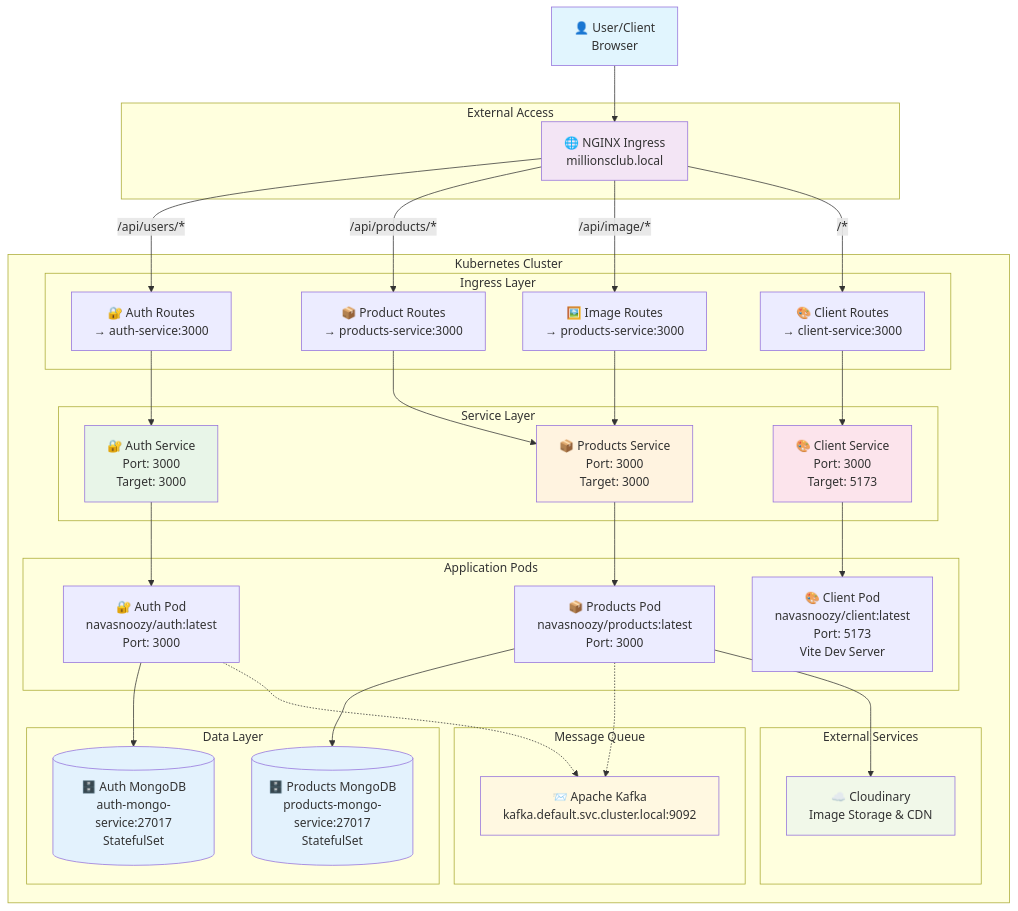
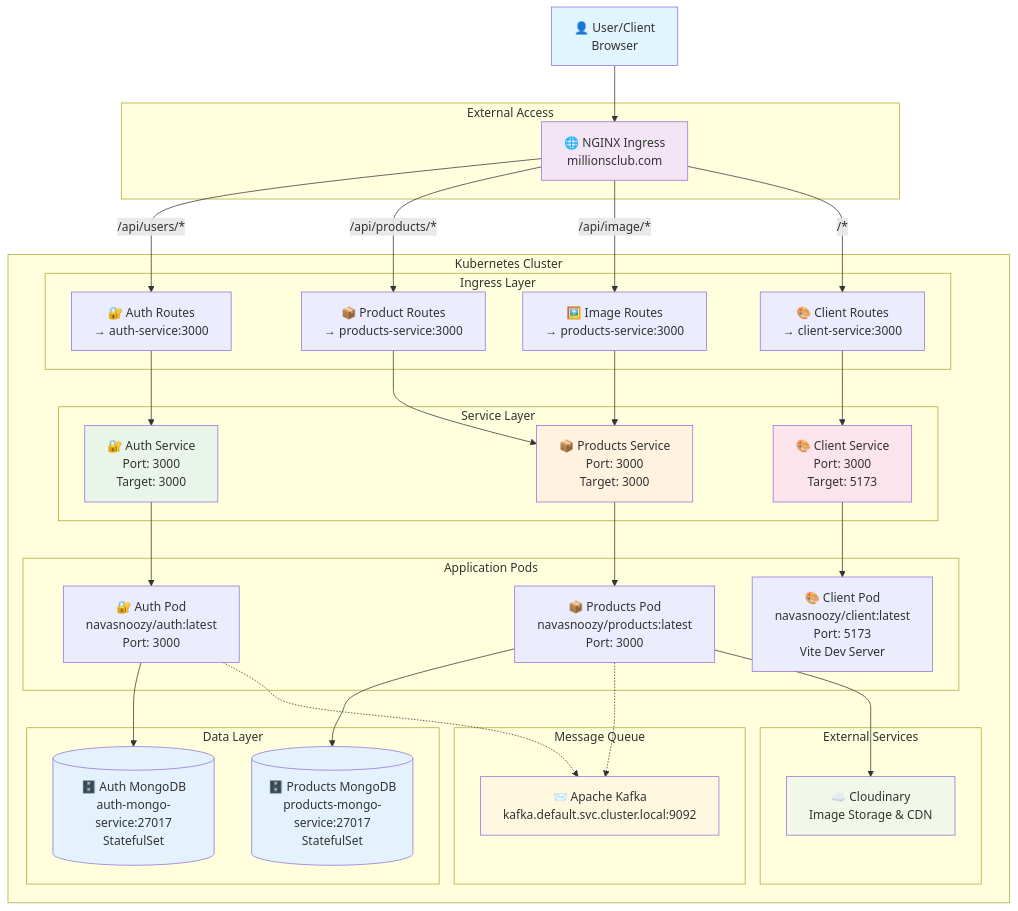
The diagram in README.md (navasnoozy/MillionsClubOfficial), drawn with Mermaid before and after one commit. The commit also changed other lines of this file and 12 other files, not shown here.

````diff
--- a/README.md
+++ b/README.md
@@ -90,54 +90,54 @@
 ```mermaid
 graph TB
-    User[👤 User/Client<br/>Browser] --> Ingress[🌐 NGINX Ingress<br/>millionsclub.local]
+    User[👤 User/Client<br/>Browser] --> Ingress[🌐 NGINX Ingress<br/>millionsclub.com]
     
     subgraph "External Access"
         Ingress
     end
     
     subgraph "Kubernetes Cluster"
         subgraph "Ingress Layer"
             Ingress --> |"/api/users/*"| AuthRoute[🔐 Auth Routes<br/>→ auth-service:3000]
             Ingress --> |"/api/products/*"| ProductRoute[📦 Product Routes<br/>→ products-service:3000]
             Ingress --> |"/api/image/*"| ImageRoute[🖼️ Image Routes<br/>→ products-service:3000]
             Ingress --> |"/*"| ClientRoute[🎨 Client Routes<br/>→ client-service:3000]
         end
         
         subgraph "Service Layer"
             AuthRoute --> AuthService[🔐 Auth Service<br/>Port: 3000<br/>Target: 3000]
             ProductRoute --> ProductService[📦 Products Service<br/>Port: 3000<br/>Target: 3000]
             ImageRoute --> ProductService
             ClientRoute --> ClientService[🎨 Client Service<br/>Port: 3000<br/>Target: 5173]
         end
         
         subgraph "Application Pods"
             AuthService --> AuthPod[🔐 Auth Pod<br/>navasnoozy/auth:latest<br/>Port: 3000]
             ProductService --> ProductPod[📦 Products Pod<br/>navasnoozy/products:latest<br/>Port: 3000]
             ClientService --> ClientPod[🎨 Client Pod<br/>navasnoozy/client:latest<br/>Port: 5173<br/>Vite Dev Server]
         end
         
         subgraph "Data Layer"
             AuthPod --> AuthMongo[(🗄️ Auth MongoDB<br/>auth-mongo-service:27017<br/>StatefulSet)]
             ProductPod --> ProductMongo[(🗄️ Products MongoDB<br/>products-mongo-service:27017<br/>StatefulSet)]
         end
         
         subgraph "Message Queue"
             AuthPod -.-> Kafka[📨 Apache Kafka<br/>kafka.default.svc.cluster.local:9092]
             ProductPod -.-> Kafka
         end
         
         subgraph "External Services"
             ProductPod --> Cloudinary[☁️ Cloudinary<br/>Image Storage & CDN]
         end
     end
 
     style User fill:#e1f5fe
     style Ingress fill:#f3e5f5
     style AuthService fill:#e8f5e8
     style ProductService fill:#fff3e0
     style ClientService fill:#fce4ec
     style AuthMongo fill:#e3f2fd
     style ProductMongo fill:#e3f2fd
     style Kafka fill:#fff8e1
     style Cloudinary fill:#f1f8e9
 ```
````
